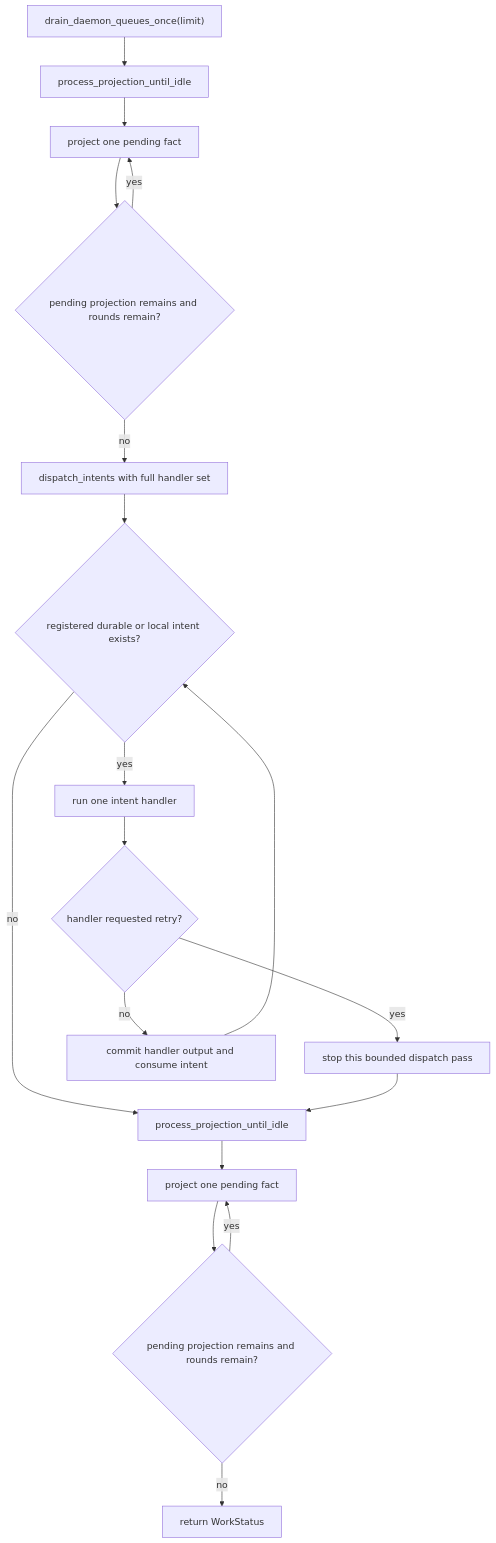
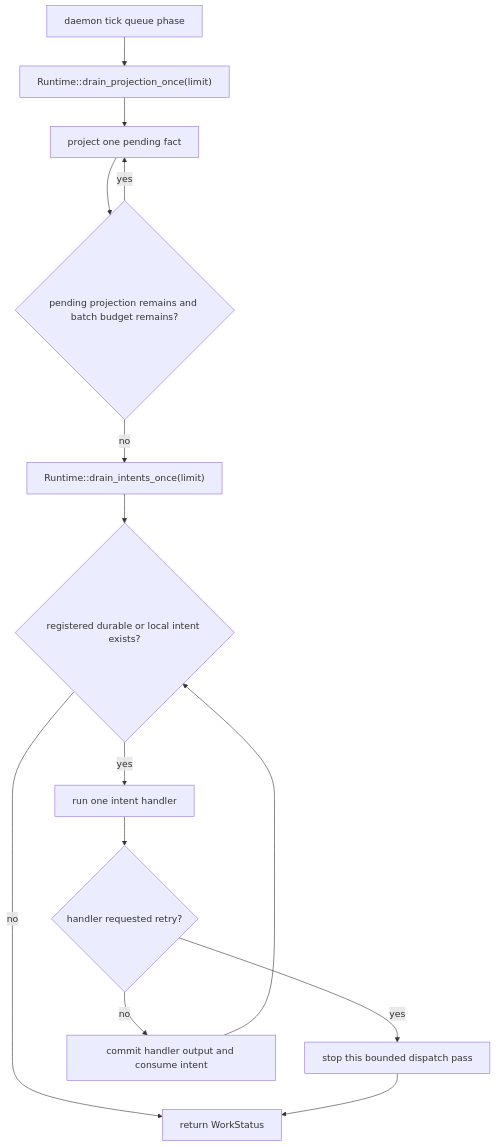
The second of 5 diagrams in ARCHITECTURE_DIAGRAMS_ALT.md (holmesworcester/poc-10), drawn with Mermaid before and after one commit. The commit also changed other lines of this file and 6 other files, not shown here.

Commit message:
Flatten daemon queue drain steps

````diff
--- a/ARCHITECTURE_DIAGRAMS_ALT.md
+++ b/ARCHITECTURE_DIAGRAMS_ALT.md
@@ -47,23 +47,18 @@
 ```mermaid
 %%{init: {"flowchart": {"wrappingWidth": 300}} }%%
 flowchart TD
-    START["drain_daemon_queues_once(limit)"] --> PRE_PROJECT["process_projection_until_idle"]
+    START["daemon tick queue phase"] --> PRE_PROJECT["Runtime::drain_projection_once(limit)"]
     PRE_PROJECT --> PROJECT_ONE["project one pending fact"]
-    PROJECT_ONE --> MORE_PROJECTION{"pending projection remains and rounds remain?"}
+    PROJECT_ONE --> MORE_PROJECTION{"pending projection remains and batch budget remains?"}
     MORE_PROJECTION -- yes --> PROJECT_ONE
-    MORE_PROJECTION -- no --> DISPATCH["dispatch_intents with full handler set"]
+    MORE_PROJECTION -- no --> DISPATCH["Runtime::drain_intents_once(limit)"]
 
     DISPATCH --> NEXT_INTENT{"registered durable or local intent exists?"}
     NEXT_INTENT -- yes --> HANDLER["run one intent handler"]
     HANDLER --> RETRY{"handler requested retry?"}
     RETRY -- yes --> STOP_DISPATCH["stop this bounded dispatch pass"]
     RETRY -- no --> COMMIT_HANDLER["commit handler output and consume intent"]
     COMMIT_HANDLER --> NEXT_INTENT
-    NEXT_INTENT -- no --> POST_PROJECT["process_projection_until_idle"]
-    STOP_DISPATCH --> POST_PROJECT
-
-    POST_PROJECT --> PROJECT_AFTER["project one pending fact"]
-    PROJECT_AFTER --> MORE_AFTER{"pending projection remains and rounds remain?"}
-    MORE_AFTER -- yes --> PROJECT_AFTER
-    MORE_AFTER -- no --> DONE["return WorkStatus"]
+    NEXT_INTENT -- no --> DONE["return WorkStatus"]
+    STOP_DISPATCH --> DONE
 ```
````
